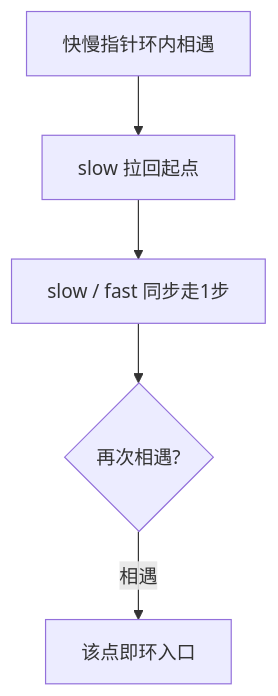
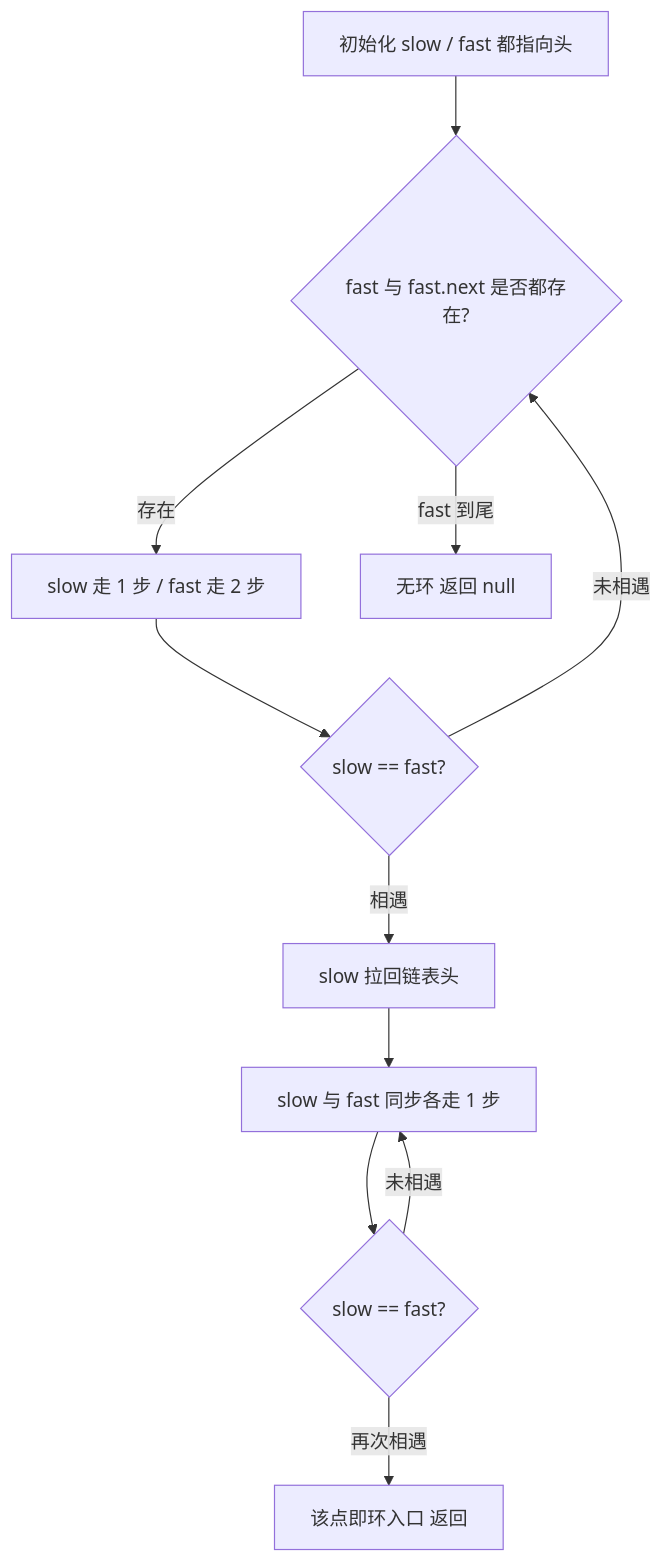
One commit to OctalZero/hot100-py changed the first of 2 diagrams in 08-链表/0142-环形链表_II.md. Above: the diagram before and after it, drawn with Mermaid. The commit also changed other lines of this file and 117 other files, not shown here.

First line of the commit message:
feat: 全题解配图升级为「动画式 mermaid」（总览骨架 + 横向时间线逐步推演）

````diff
--- a/08-链表/0142-环形链表_II.md
+++ b/08-链表/0142-环形链表_II.md
@@ -24,7 +24,13 @@
 ```mermaid
 flowchart TD
-    A["快慢指针环内相遇"] --> B["slow 拉回起点"]
-    B --> C["slow / fast 同步走1步"]
-    C --> D{"再次相遇?"}
-    D -- "相遇" --> E["该点即环入口"]
+    A["初始化 slow / fast 都指向头"] --> B{"fast 与 fast.next 是否都存在?"}
+    B -->|"存在"| C["slow 走 1 步 / fast 走 2 步"]
+    C --> D{"slow == fast?"}
+    D -->|"未相遇"| B
+    D -->|"相遇"| E["slow 拉回链表头"]
+    E --> F["slow 与 fast 同步各走 1 步"]
+    F --> G{"slow == fast?"}
+    G -->|"未相遇"| F
+    G -->|"再次相遇"| H["该点即环入口 返回"]
+    B -->|"fast 到尾"| I["无环 返回 null"]
 ```
````
